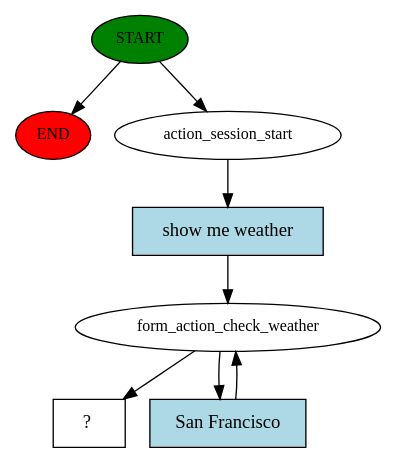
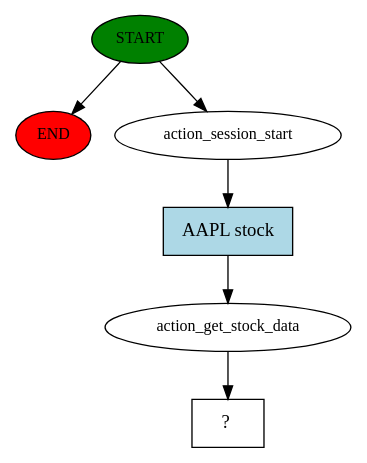
Before and after one commit to marvelousdev0/rasabot: the diagram in story_graph.dot, drawn with Graphviz. The commit also changed 9 other files, not shown here.

```diff
--- a/story_graph.dot
+++ b/story_graph.dot
@@ -1,16 +1,13 @@
 digraph  {
 0 [class="start active", fillcolor=green, fontsize=12, label=START, style=filled];
 "-1" [class=end, fillcolor=red, fontsize=12, label=END, style=filled];
 1 [class=active, fontsize=12, label=action_session_start];
-2 [class=active, fontsize=12, label=form_action_check_weather];
-4 [class="intent dashed active", label="  ?  ", shape=rect];
-5 [class="intent active", fillcolor=lightblue, label="show me weather", shape=rect, style=filled];
-6 [class="intent active", fillcolor=lightblue, label="San Francisco", shape=rect, style=filled];
+2 [class=active, fontsize=12, label=action_get_stock_data];
+3 [class="intent dashed active", label="  ?  ", shape=rect];
+4 [class="intent active", fillcolor=lightblue, label="AAPL stock", shape=rect, style=filled];
 0 -> "-1"  [class="", key=NONE, label=""];
 0 -> 1  [class=active, key=NONE, label=""];
-1 -> 5  [class=active, key=0];
-2 -> 4  [class=active, key=NONE, label=""];
-2 -> 6  [class=active, key=0];
-5 -> 2  [class=active, key=0];
-6 -> 2  [class=active, key=0];
+1 -> 4  [class=active, key=0];
+2 -> 3  [class=active, key=NONE, label=""];
+4 -> 2  [class=active, key=0];
 }
```
